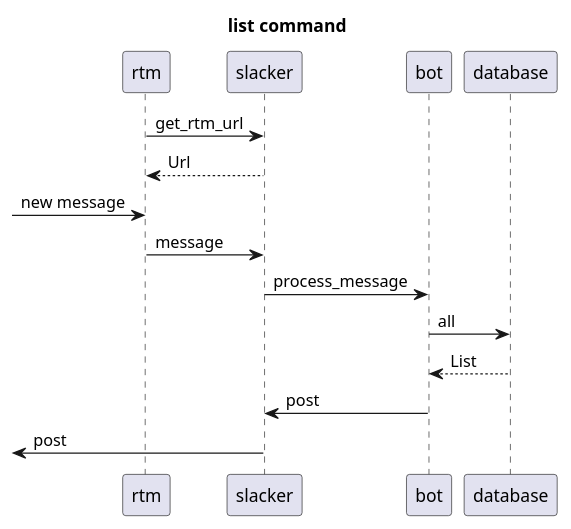
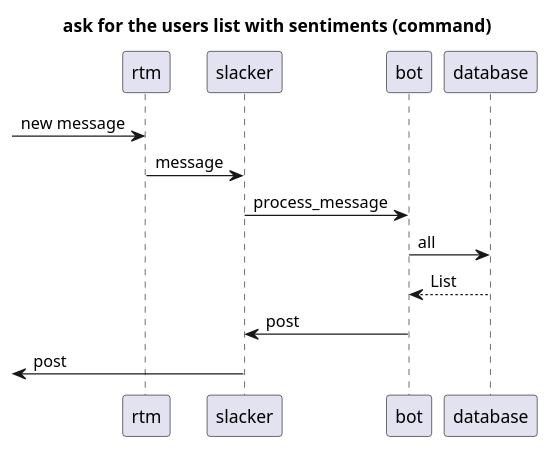
Before and after one commit to chlablak/slack-sentimental-bot: the diagram in res/command-list.plantuml, drawn with PlantUML. The commit also changed 7 other files, not shown here.

```diff
--- a/res/command-list.plantuml
+++ b/res/command-list.plantuml
@@ -1,17 +1,14 @@
 @startuml
 
-title list command
-
-rtm -> slacker : get_rtm_url
-slacker --> rtm : Url
+title ask for the users list with sentiments (command)
 
 -> rtm : new message
 rtm -> slacker : message
 slacker -> bot : process_message
 
 bot -> database : all
 database --> bot : List
 bot -> slacker : post
 <- slacker : post
 
 @enduml
```
